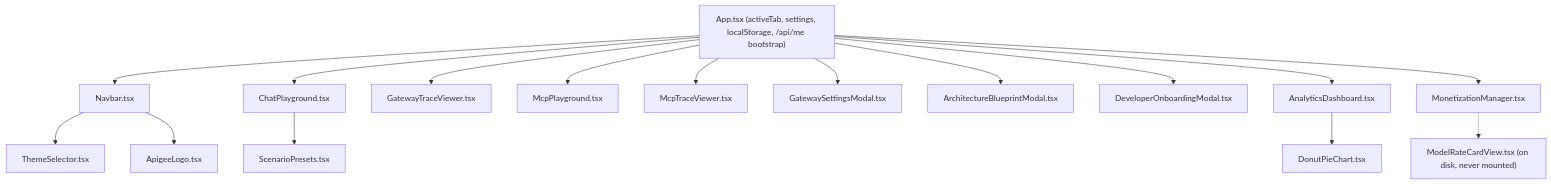
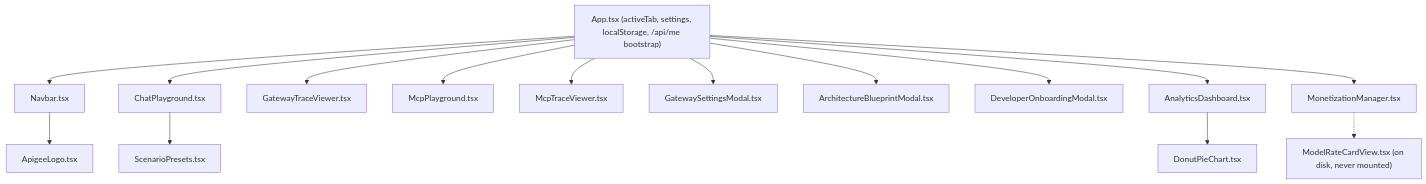
The third of 3 diagrams in docs/apigee_ai_gateway_demo_design.md (yem0428/apigee-ai-gateway-demo), drawn with Mermaid before and after one commit. The commit also changed other lines of this file and 7 other files, not shown here.

````diff
--- a/docs/apigee_ai_gateway_demo_design.md
+++ b/docs/apigee_ai_gateway_demo_design.md
@@ -892,19 +891,18 @@
 ```mermaid
 graph TD
     App["App.tsx (activeTab, settings, localStorage, /api/me bootstrap)"]
     App --> Navbar["Navbar.tsx"]
     App --> Chat["ChatPlayground.tsx"]
     App --> Trace["GatewayTraceViewer.tsx"]
     App --> McpP["McpPlayground.tsx"]
     App --> McpT["McpTraceViewer.tsx"]
     App --> Modal["GatewaySettingsModal.tsx"]
     App --> Blueprint["ArchitectureBlueprintModal.tsx"]
     App --> Onboard["DeveloperOnboardingModal.tsx"]
     App --> Analytics["AnalyticsDashboard.tsx"]
     App --> Money["MonetizationManager.tsx"]
     Chat --> Presets["ScenarioPresets.tsx"]
     Analytics --> Donut["DonutPieChart.tsx"]
     Money -.-> Rates["ModelRateCardView.tsx (on disk, never mounted)"]
-    Navbar --> Theme["ThemeSelector.tsx"]
     Navbar --> Logo["ApigeeLogo.tsx"]
 ```
````
